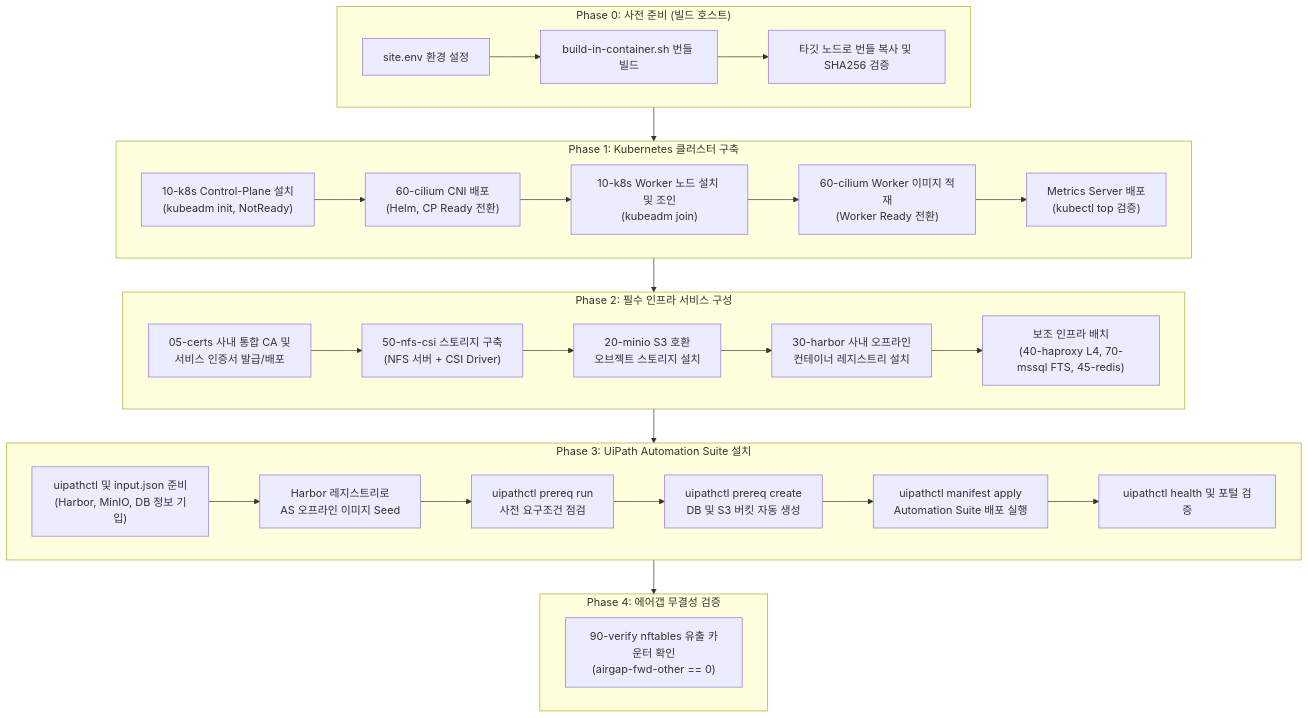
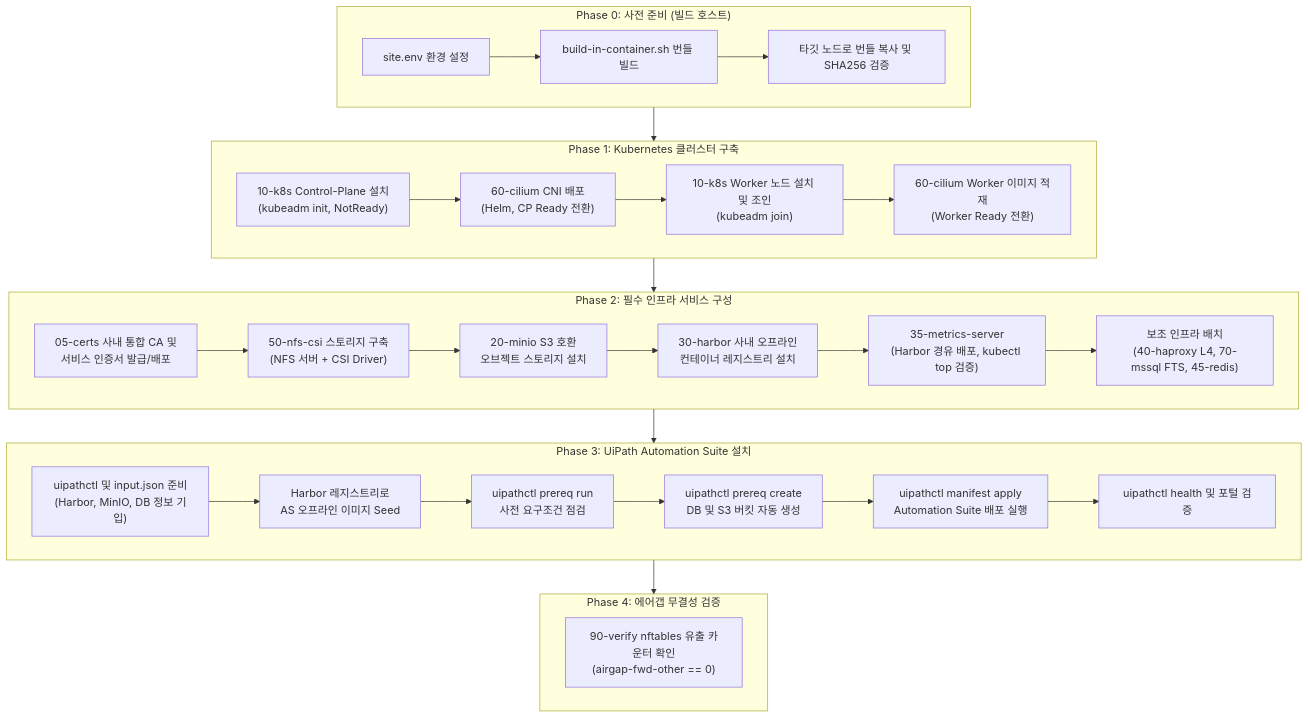
Before and after one commit to javaos74/vanilla-k8s-as-install: the diagram in offline-install/README.md, drawn with Mermaid. The commit also changed other lines of this file and 8 other files, not shown here.

First line of the commit message:
feat(offline-install): deploy metrics-server from the local Harbor (35-metrics-server)

````diff
--- a/offline-install/README.md
+++ b/offline-install/README.md
@@ -15,38 +15,38 @@
 ```mermaid
 flowchart TD
     subgraph Phase0["Phase 0: 사전 준비 (빌드 호스트)"]
         P0_1["site.env 환경 설정"] --> P0_2["build-in-container.sh 번들 빌드"]
         P0_2 --> P0_3["타깃 노드로 번들 복사 및 SHA256 검증"]
     end
 
     subgraph Phase1["Phase 1: Kubernetes 클러스터 구축"]
         K1["10-k8s Control-Plane 설치\n(kubeadm init, NotReady)"] --> K2["60-cilium CNI 배포\n(Helm, CP Ready 전환)"]
         K2 --> K3["10-k8s Worker 노드 설치 및 조인\n(kubeadm join)"]
         K3 --> K4["60-cilium Worker 이미지 적재\n(Worker Ready 전환)"]
-        K4 --> K5["Metrics Server 배포\n(kubectl top 검증)"]
     end
 
     subgraph Phase2["Phase 2: 필수 인프라 서비스 구성"]
         I1["05-certs 사내 통합 CA 및\n서비스 인증서 발급/배포"] --> I2["50-nfs-csi 스토리지 구축\n(NFS 서버 + CSI Driver)"]
         I2 --> I3["20-minio S3 호환\n오브젝트 스토리지 설치"]
         I3 --> I4["30-harbor 사내 오프라인\n컨테이너 레지스트리 설치"]
-        I4 --> I5["보조 인프라 배치\n(40-haproxy L4, 70-mssql FTS, 45-redis)"]
+        I4 --> I4b["35-metrics-server\n(Harbor 경유 배포, kubectl top 검증)"]
+        I4b --> I5["보조 인프라 배치\n(40-haproxy L4, 70-mssql FTS, 45-redis)"]
     end
 
     subgraph Phase3["Phase 3: UiPath Automation Suite 설치"]
         AS1["uipathctl 및 input.json 준비\n(Harbor, MinIO, DB 정보 기입)"] --> AS2["Harbor 레지스트리로\nAS 오프라인 이미지 Seed"]
         AS2 --> AS3["uipathctl prereq run\n사전 요구조건 점검"]
         AS3 --> AS4["uipathctl prereq create\nDB 및 S3 버킷 자동 생성"]
         AS4 --> AS5["uipathctl manifest apply\nAutomation Suite 배포 실행"]
         AS5 --> AS6["uipathctl health 및 포털 검증"]
     end
 
     subgraph Phase4["Phase 4: 에어갭 무결성 검증"]
         V1["90-verify nftables 유출 카운터 확인\n(airgap-fwd-other == 0)"]
     end
 
     Phase0 --> Phase1
     Phase1 --> Phase2
     Phase2 --> Phase3
     Phase3 --> Phase4
 ```
````
